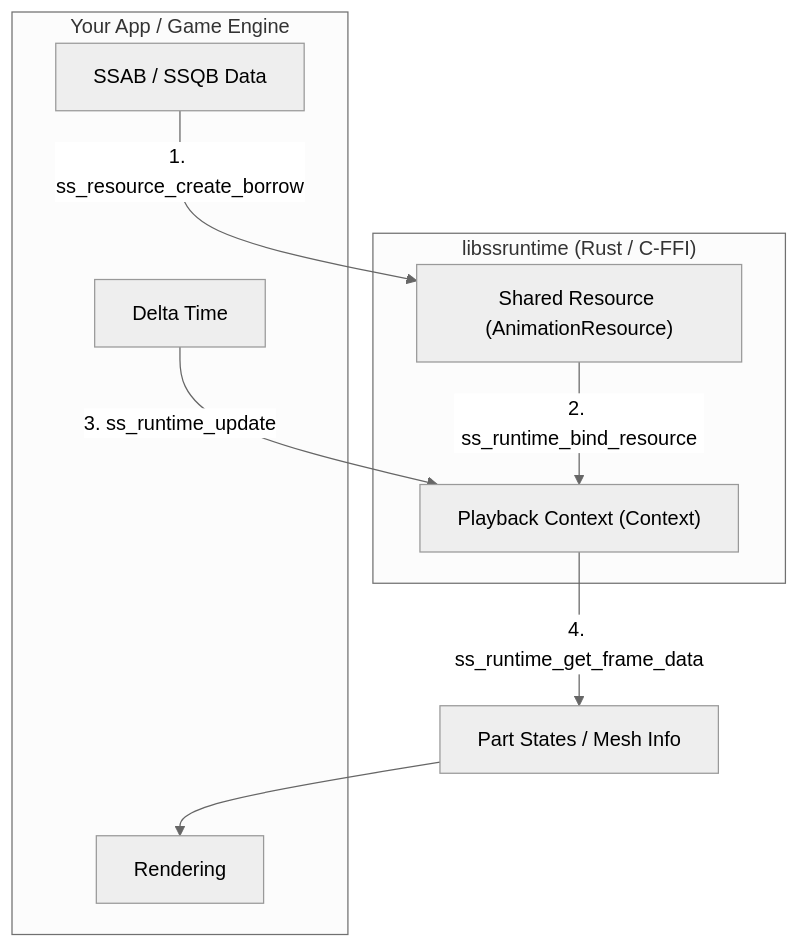
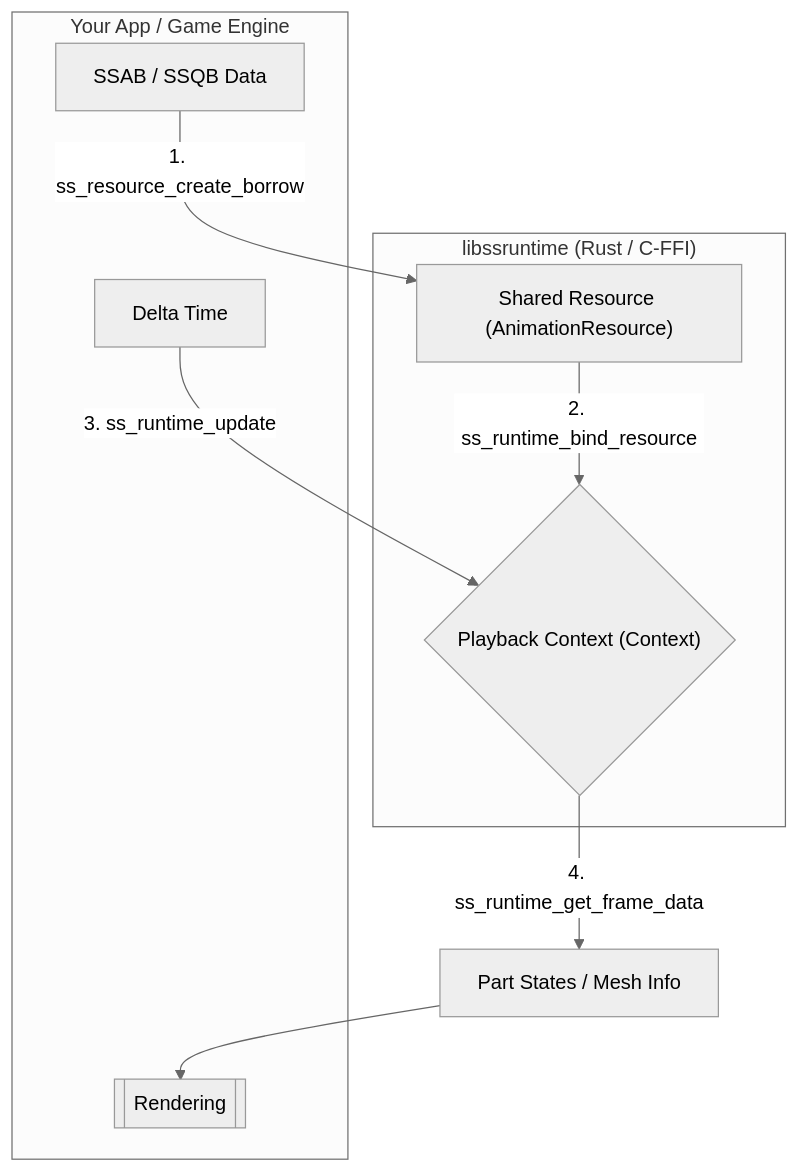
The diagram in libs/ssruntime/README.md (cri-middleware/SpriteStudio-SDK), drawn with Mermaid (neutral theme) before and after one commit. The commit also changed other lines of this file and 4 other files, not shown here.

````diff
--- a/libs/ssruntime/README.md
+++ b/libs/ssruntime/README.md
@@ -52,19 +56,19 @@
 ```mermaid
 graph TD
     subgraph App ["Your App / Game Engine"]
-        RAW["SSAB / SSQB Data"]
-        DT["Delta Time"]
-        DRAW["Rendering"]
+        RAW[" SSAB / SSQB Data "]
+        DT[" Delta Time "]
+        DRAW[[" Rendering "]]
     end
 
     subgraph SSRuntime ["libssruntime (Rust / C-FFI)"]
-        RES["Shared Resource (AnimationResource)"]
-        CTX["Playback Context (Context)"]
+        RES[" Shared Resource (AnimationResource) "]
+        CTX{" Playback Context (Context) "}
     end
 
     RAW -->|1. ss_resource_create_borrow| RES
     RES -->|2. ss_runtime_bind_resource| CTX
     DT -->|3. ss_runtime_update| CTX
-    CTX -->|4. ss_runtime_get_frame_data| STATE["Part States / Mesh Info"]
+    CTX -->|4. ss_runtime_get_frame_data| STATE[" Part States / Mesh Info "]
     STATE --> DRAW
 ```
````
